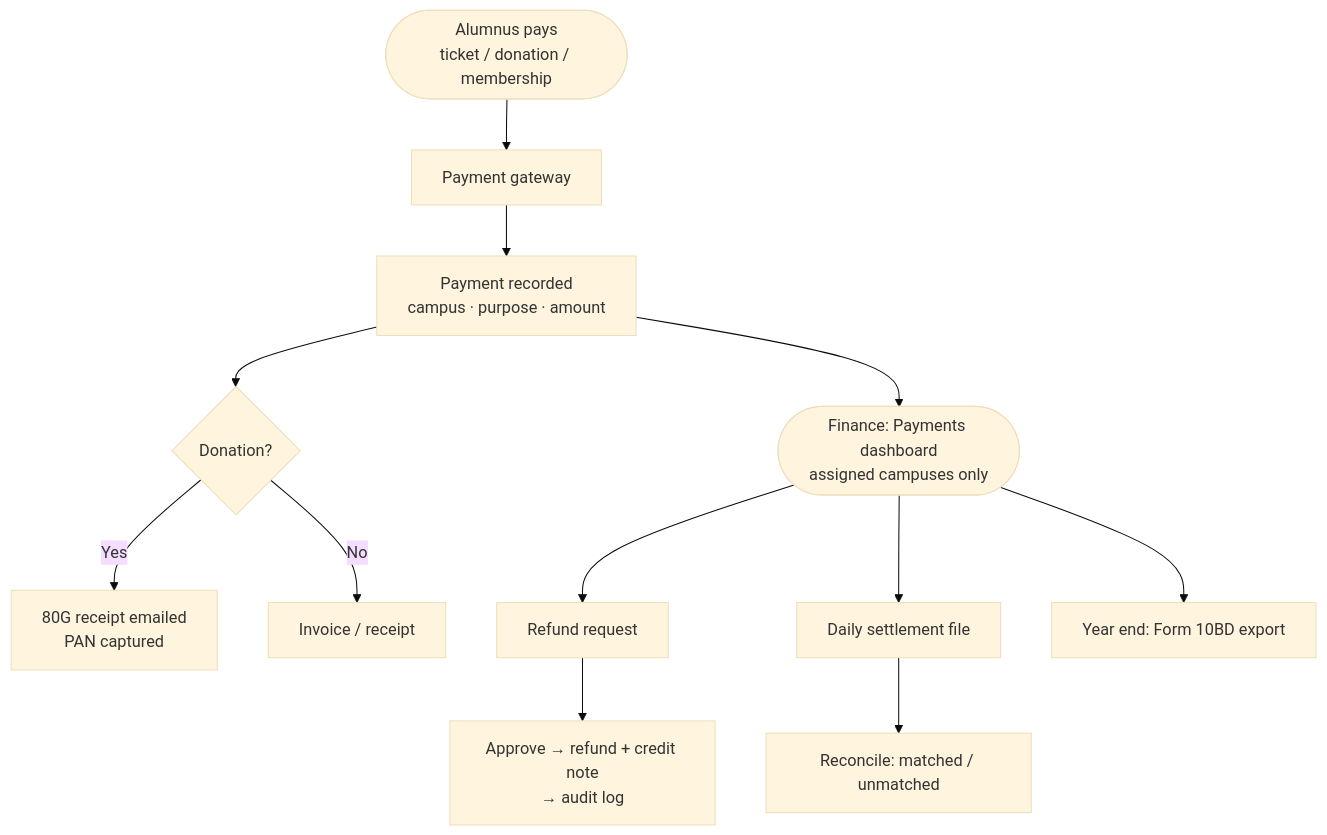
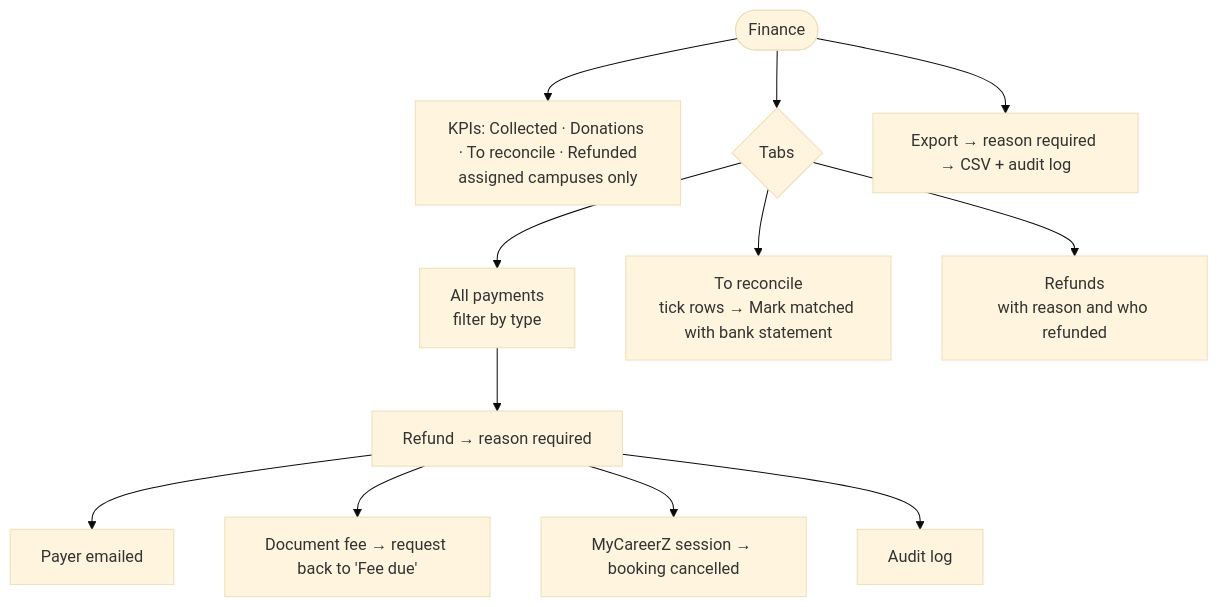
Before and after one commit to shubham-pawar-tc/vibgyor-alumni: the first of 2 diagrams in docs/FIN-FLOW.md, drawn with Mermaid (base theme). The commit also changed other lines of this file and 30 other files, not shown here.

````diff
--- a/docs/FIN-FLOW.md
+++ b/docs/FIN-FLOW.md
@@ -58,14 +32,14 @@
 ```mermaid
 flowchart TD
-    A([Alumnus pays<br/>ticket / donation / membership]) --> B[Payment gateway]
-    B --> C[Payment recorded<br/>campus · purpose · amount]
-    C --> D{Donation?}
-    D -- Yes --> E[80G receipt emailed<br/>PAN captured]
-    D -- No --> F[Invoice / receipt]
-    C --> G([Finance: Payments dashboard<br/>assigned campuses only])
-    G --> H[Refund request]
-    H --> I[Approve → refund + credit note<br/>→ audit log]
-    G --> J[Daily settlement file]
-    J --> K[Reconcile: matched / unmatched]
-    G --> L[Year end: Form 10BD export]
+    A([Finance]) --> K[KPIs: Collected · Donations · To reconcile · Refunded<br/>assigned campuses only]
+    A --> T{Tabs}
+    T --> T1[All payments<br/>filter by type]
+    T --> T2[To reconcile<br/>tick rows → Mark matched with bank statement]
+    T --> T3[Refunds<br/>with reason and who refunded]
+    T1 --> R[Refund → reason required]
+    R --> R1[Payer emailed]
+    R --> R2[Document fee → request back to 'Fee due']
+    R --> R3[MyCareerZ session → booking cancelled]
+    R --> R4[Audit log]
+    A --> X[Export → reason required → CSV + audit log]
 ```
````
